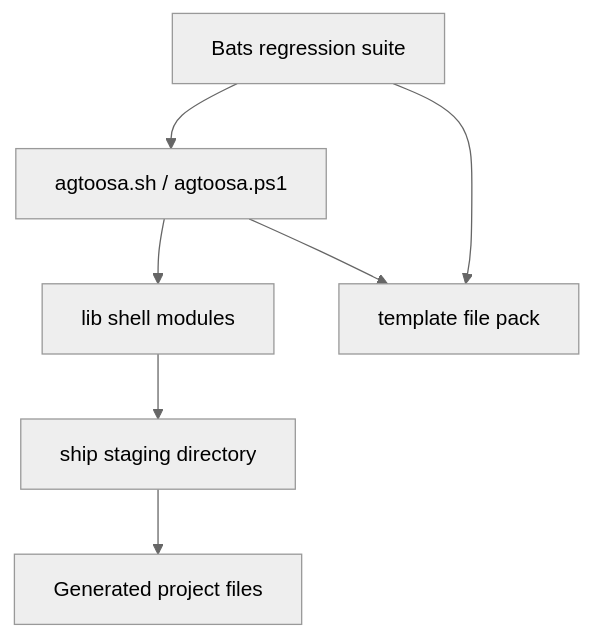
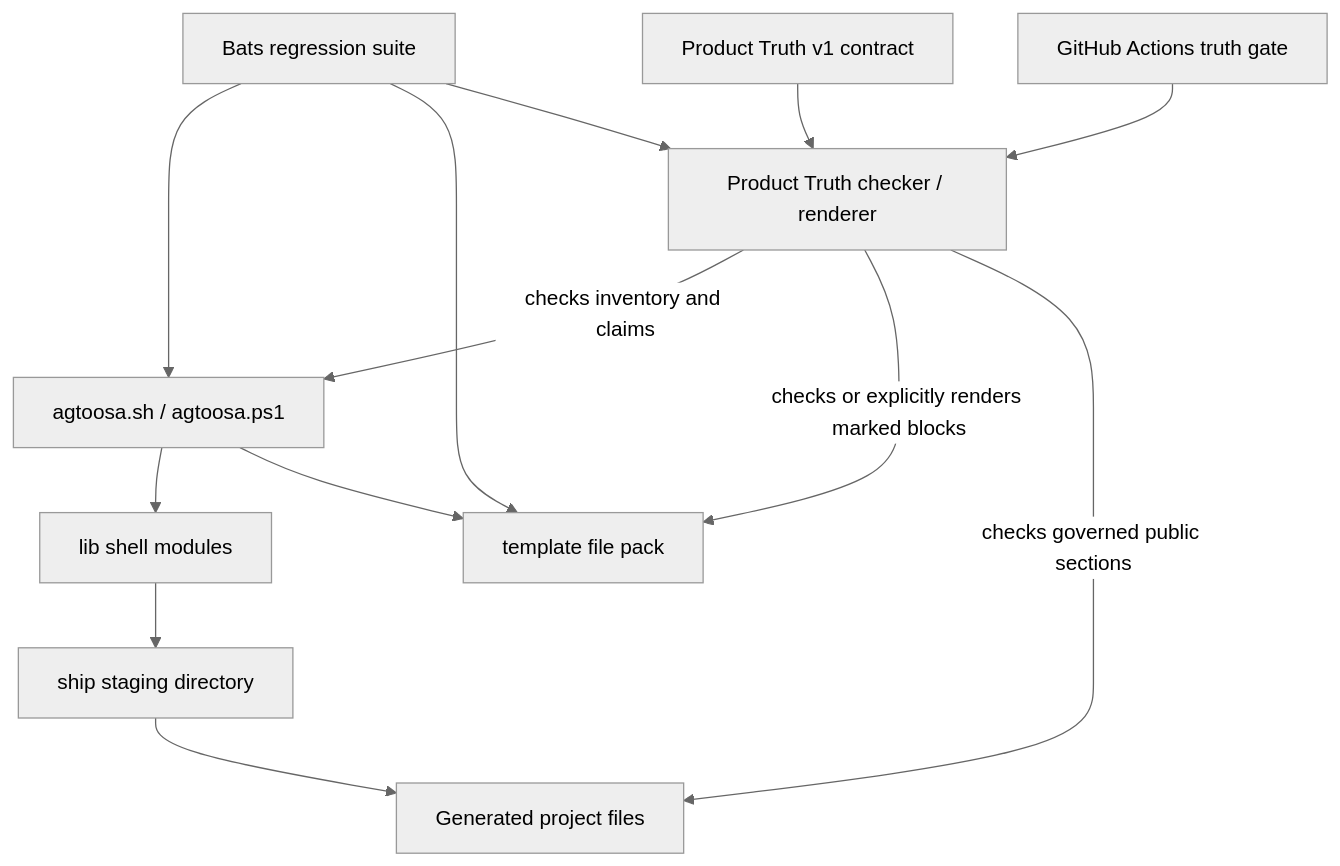
Before and after one commit to sky2464/AgToosa: the second of 2 diagrams in docs/Master-Architecture.md, drawn with Mermaid (neutral theme). The commit also changed other lines of this file and 170 other files, not shown here.

First line of the commit message:
feat(release): v5.3.30 — DEV-118 Product Truth & Adapter Contract

````diff
--- a/docs/Master-Architecture.md
+++ b/docs/Master-Architecture.md
@@ -43,16 +43,25 @@
 ```mermaid
 flowchart TB
   CLI[agtoosa.sh / agtoosa.ps1]
   Lib[lib shell modules]
   Template[template file pack]
   Ship[ship staging directory]
   Project[Generated project files]
   Tests[Bats regression suite]
+  Contract[Product Truth v1 contract]
+  Truth[Product Truth checker / renderer]
+  CI[GitHub Actions truth gate]
 
   CLI --> Lib
   CLI --> Template
   Lib --> Ship
   Ship --> Project
   Tests --> CLI
   Tests --> Template
+  Contract --> Truth
+  Truth -->|checks inventory and claims| CLI
+  Truth -->|checks or explicitly renders marked blocks| Template
+  Truth -->|checks governed public sections| Project
+  Tests --> Truth
+  CI --> Truth
 ```
````
